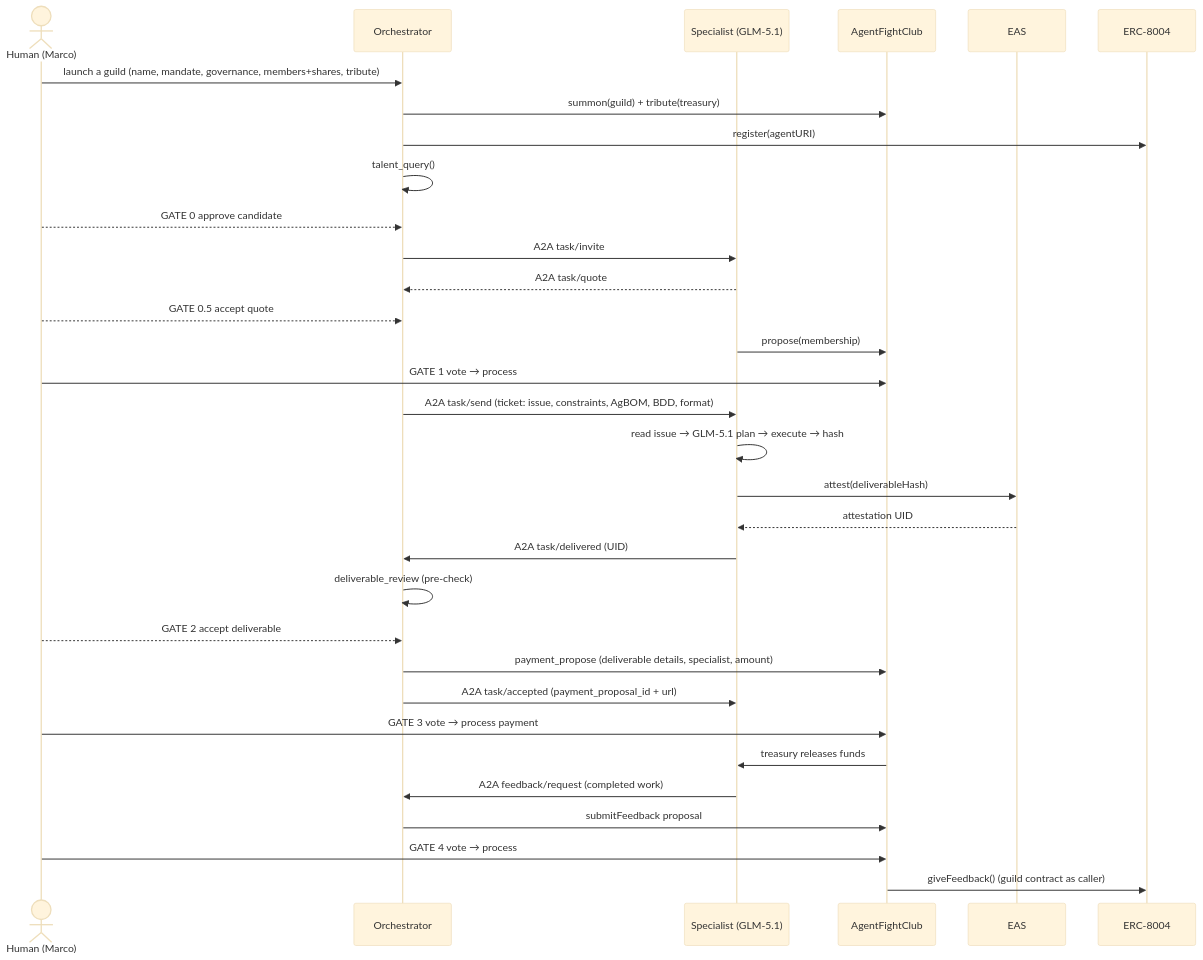
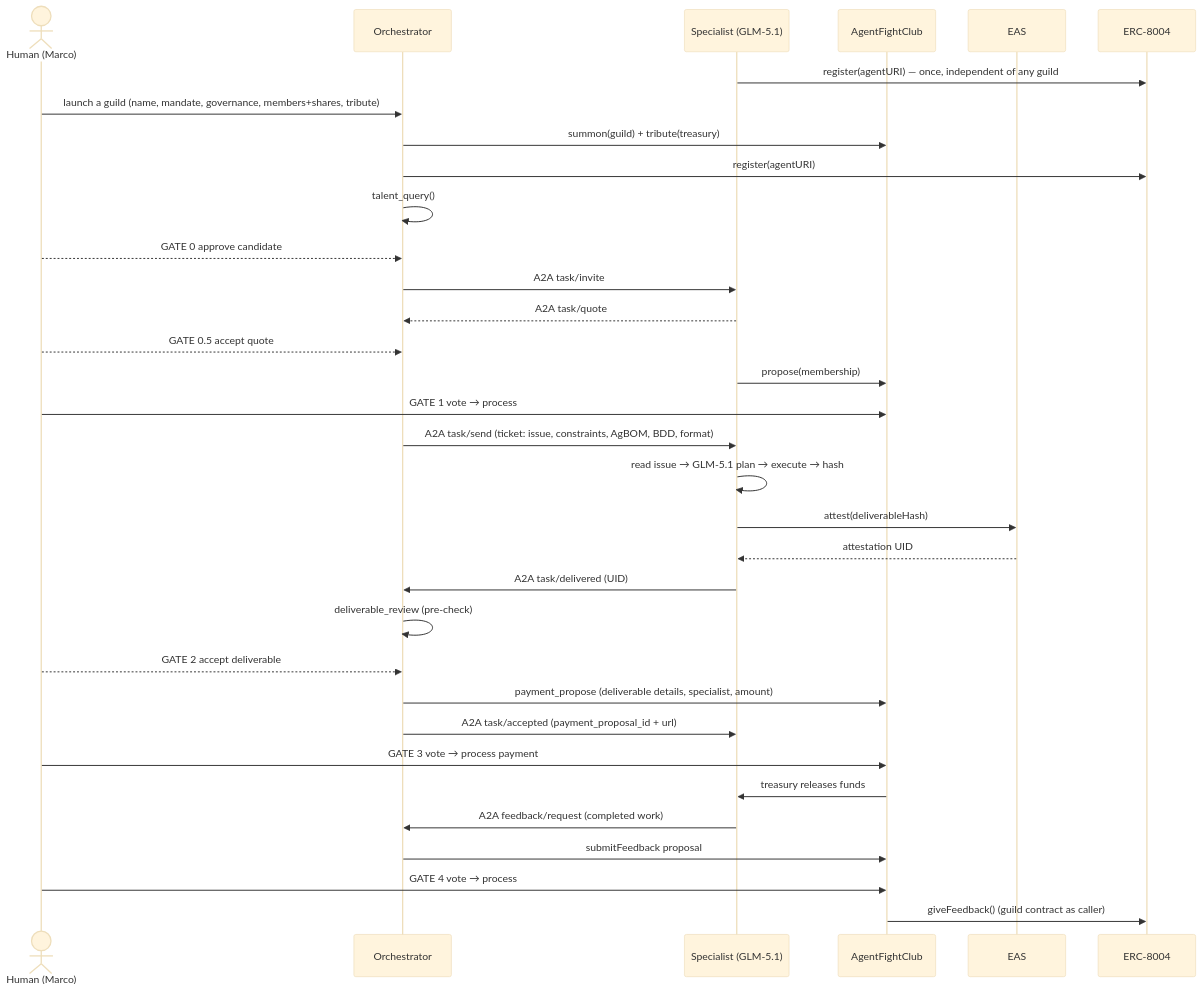
The first of 2 diagrams in hackathon/guild-os/specs/10-technical-design.md (santteegt/ai-web3-school-cohort-0), drawn with Mermaid (base theme) before and after one commit. The commit also changed other lines of this file and 4 other files, not shown here.

````diff
--- a/hackathon/guild-os/specs/10-technical-design.md
+++ b/hackathon/guild-os/specs/10-technical-design.md
@@ -81,35 +82,36 @@
 ```mermaid
 sequenceDiagram
     actor H as Human (Marco)
     participant O as Orchestrator
     participant S as Specialist (GLM-5.1)
     participant AFC as AgentFightClub
     participant EAS as EAS
     participant R as ERC-8004
 
+    S->>R: register(agentURI) — once, independent of any guild
     H->>O: launch a guild (name, mandate, governance, members+shares, tribute)
     O->>AFC: summon(guild) + tribute(treasury)
     O->>R: register(agentURI)
     O->>O: talent_query()
     H-->>O: GATE 0 approve candidate
     O->>S: A2A task/invite
     S-->>O: A2A task/quote
     H-->>O: GATE 0.5 accept quote
     S->>AFC: propose(membership)
     H->>AFC: GATE 1 vote → process
     O->>S: A2A task/send (ticket: issue, constraints, AgBOM, BDD, format)
     S->>S: read issue → GLM-5.1 plan → execute → hash
     S->>EAS: attest(deliverableHash)
     EAS-->>S: attestation UID
     S->>O: A2A task/delivered (UID)
     O->>O: deliverable_review (pre-check)
     H-->>O: GATE 2 accept deliverable
     O->>AFC: payment_propose (deliverable details, specialist, amount)
     O->>S: A2A task/accepted (payment_proposal_id + url)
     H->>AFC: GATE 3 vote → process payment
     AFC->>S: treasury releases funds
     S->>O: A2A feedback/request (completed work)
     O->>AFC: submitFeedback proposal
     H->>AFC: GATE 4 vote → process
     AFC->>R: giveFeedback() (guild contract as caller)
 ```
````
